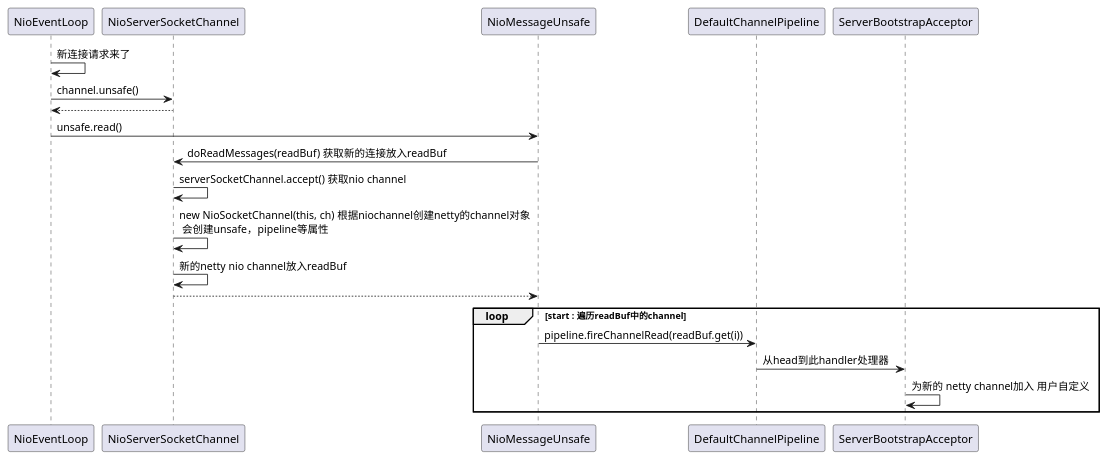
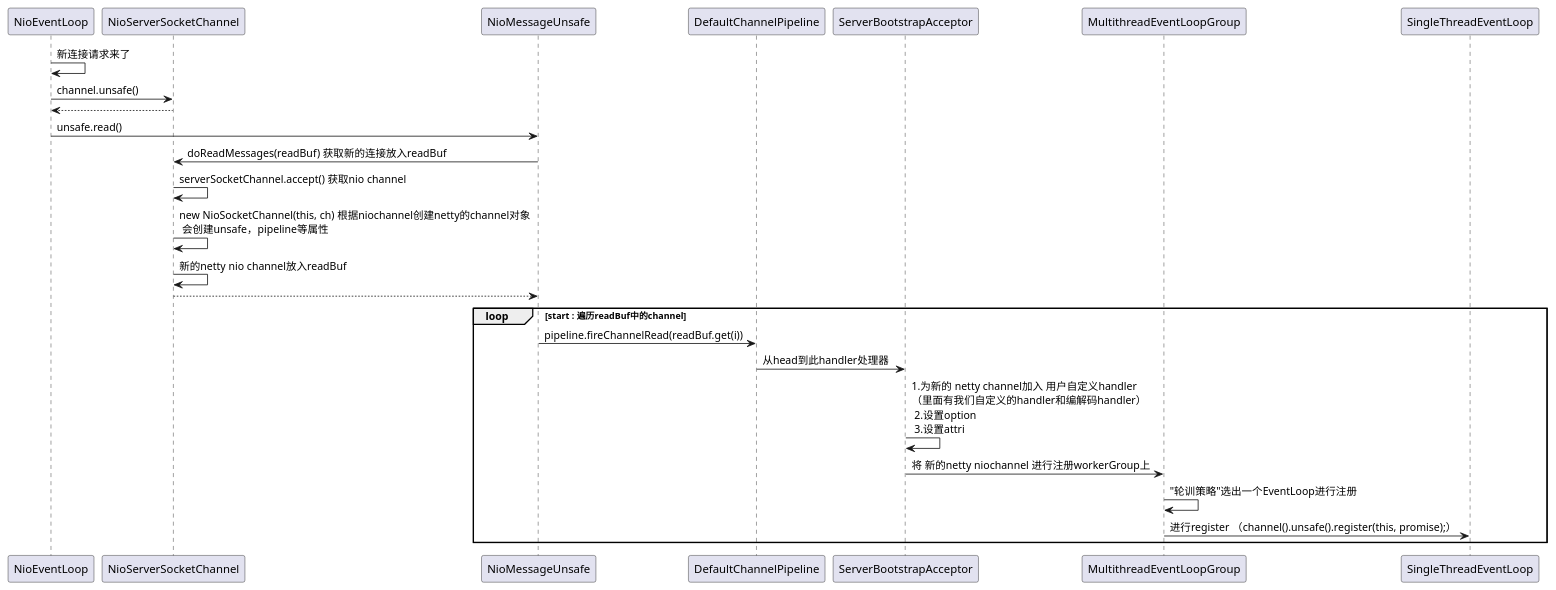
One commit to sybnfkn/java-chaotic changed the diagram in netty/新链接到来.puml. Above: the diagram before and after it, drawn with PlantUML.

```diff
--- a/netty/新链接到来.puml
+++ b/netty/新链接到来.puml
@@ -1,20 +1,25 @@
 @startuml
 NioEventLoop -> NioEventLoop:新连接请求来了
 NioEventLoop -> NioServerSocketChannel:channel.unsafe()
 NioServerSocketChannel --> NioEventLoop
 
 NioEventLoop -> NioMessageUnsafe:unsafe.read()
 
 NioMessageUnsafe -> NioServerSocketChannel:doReadMessages(readBuf) 获取新的连接放入readBuf
 NioServerSocketChannel -> NioServerSocketChannel:serverSocketChannel.accept() 获取nio channel
 NioServerSocketChannel -> NioServerSocketChannel:new NioSocketChannel(this, ch) 根据niochannel创建netty的channel对象 \n 会创建unsafe，pipeline等属性
 NioServerSocketChannel -> NioServerSocketChannel:新的netty nio channel放入readBuf
 NioServerSocketChannel --> NioMessageUnsafe:
 loop start : 遍历readBuf中的channel
 NioMessageUnsafe -> DefaultChannelPipeline:pipeline.fireChannelRead(readBuf.get(i))
 DefaultChannelPipeline -> ServerBootstrapAcceptor: 从head到此handler处理器
-ServerBootstrapAcceptor -> ServerBootstrapAcceptor:为新的 netty channel加入 用户自定义
+ServerBootstrapAcceptor -> ServerBootstrapAcceptor:1.为新的 netty channel加入 用户自定义handler \n（里面有我们自定义的handler和编解码handler）\n 2.设置option \n 3.设置attri
+ServerBootstrapAcceptor -> MultithreadEventLoopGroup:将 新的netty niochannel 进行注册workerGroup上
+MultithreadEventLoopGroup -> MultithreadEventLoopGroup:"轮训策略"选出一个EventLoop进行注册
+MultithreadEventLoopGroup -> SingleThreadEventLoop:进行register （channel().unsafe().register(this, promise);）
+
+
 
 end
 
 @enduml
```
